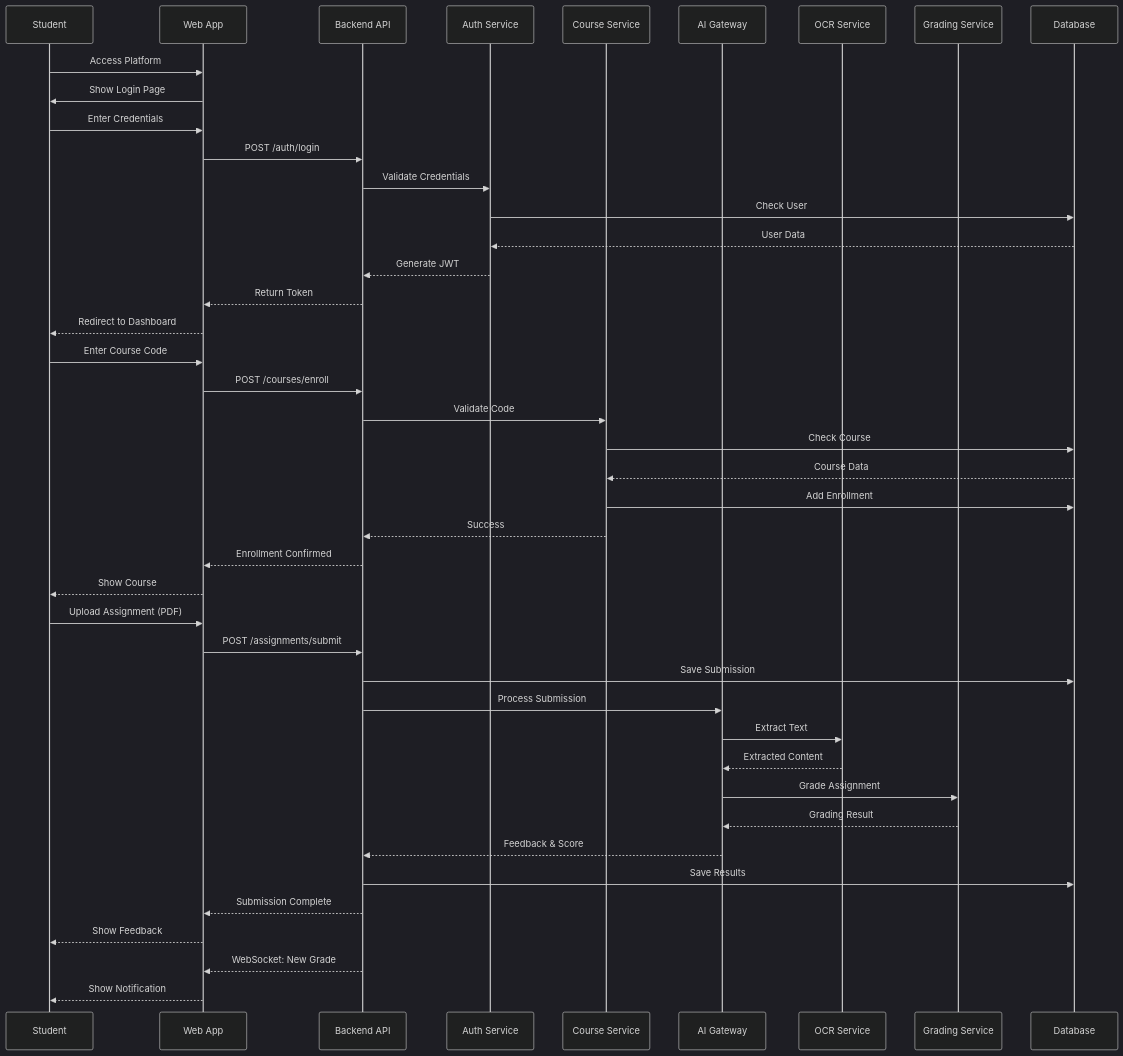
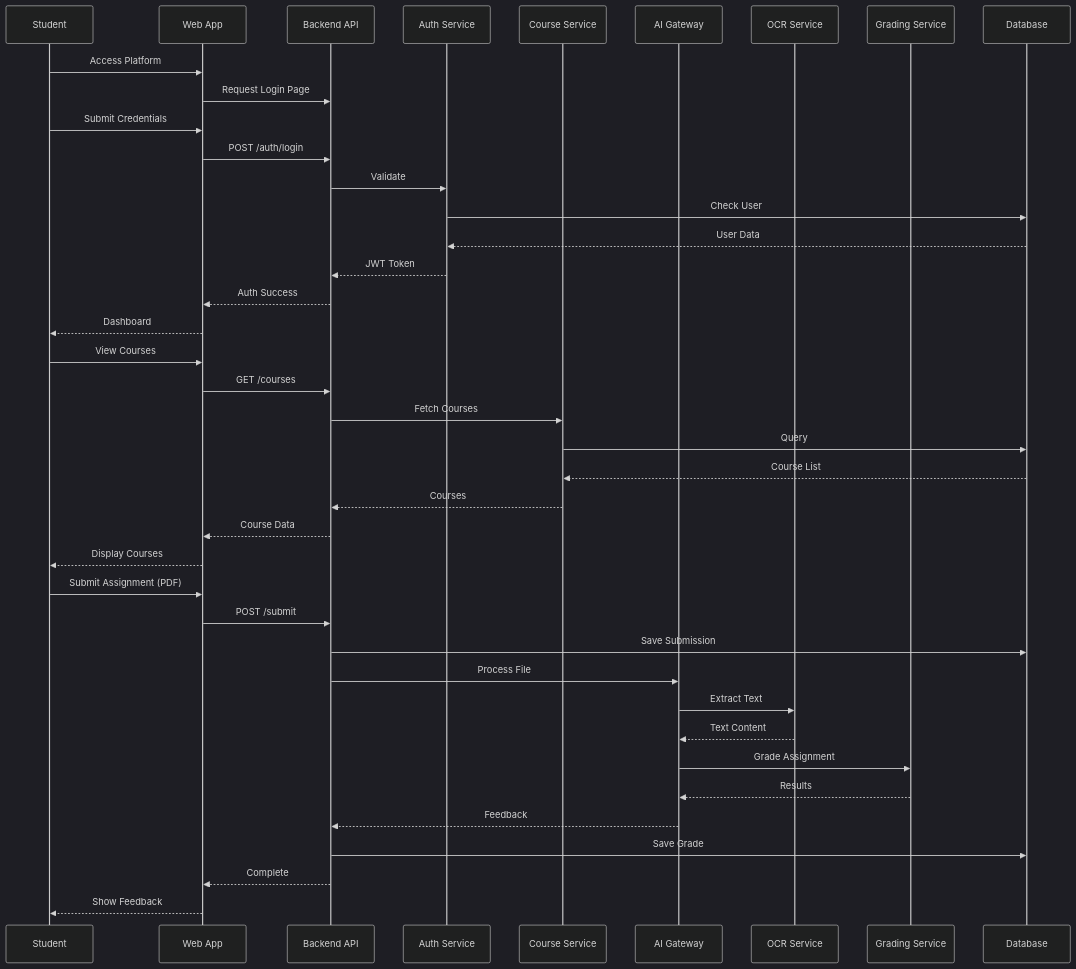
One commit to abdulrahman-riyad/Co-Learn changed the fifth of 12 diagrams in diagrams-and-docs/mvp-documentation.md. Above: the diagram before and after it, drawn with Mermaid (dark theme). The commit also changed other lines of this file and 31 other files, not shown here.

Commit message:
diagrams updated

````diff
--- a/diagrams-and-docs/mvp-documentation.md
+++ b/diagrams-and-docs/mvp-documentation.md
@@ -436,56 +288,45 @@
 ```mermaid
 sequenceDiagram
     participant S as Student
     participant W as Web App
     participant API as Backend API
     participant Auth as Auth Service
     participant Course as Course Service
     participant AI as AI Gateway
     participant OCR as OCR Service
     participant Grade as Grading Service
     participant DB as Database
     
-    %% Authentication Flow
     S->>W: Access Platform
-    W->>S: Show Login Page
-    S->>W: Enter Credentials
+    W->>API: Request Login Page
+    S->>W: Submit Credentials
     W->>API: POST /auth/login
-    API->>Auth: Validate Credentials
+    API->>Auth: Validate
     Auth->>DB: Check User
     DB-->>Auth: User Data
-    Auth-->>API: Generate JWT
-    API-->>W: Return Token
-    W-->>S: Redirect to Dashboard
+    Auth-->>API: JWT Token
+    API-->>W: Auth Success
+    W-->>S: Dashboard
     
-    %% Course Enrollment
-    S->>W: Enter Course Code
-    W->>API: POST /courses/enroll
-    API->>Course: Validate Code
-    Course->>DB: Check Course
-    DB-->>Course: Course Data
-    Course->>DB: Add Enrollment
-    Course-->>API: Success
-    API-->>W: Enrollment Confirmed
-    W-->>S: Show Course
+    S->>W: View Courses
+    W->>API: GET /courses
+    API->>Course: Fetch Courses
+    Course->>DB: Query
+    DB-->>Course: Course List
+    Course-->>API: Courses
+    API-->>W: Course Data
+    W-->>S: Display Courses
     
-    %% Assignment Submission
-    S->>W: Upload Assignment (PDF)
-    W->>API: POST /assignments/submit
+    S->>W: Submit Assignment (PDF)
+    W->>API: POST /submit
     API->>DB: Save Submission
-    API->>AI: Process Submission
-    
-    %% AI Grading Flow
+    API->>AI: Process File
     AI->>OCR: Extract Text
-    OCR-->>AI: Extracted Content
+    OCR-->>AI: Text Content
     AI->>Grade: Grade Assignment
-    Grade-->>AI: Grading Result
-    AI-->>API: Feedback & Score
-    
-    API->>DB: Save Results
-    API-->>W: Submission Complete
+    Grade-->>AI: Results
+    AI-->>API: Feedback
+    API->>DB: Save Grade
+    API-->>W: Complete
     W-->>S: Show Feedback
-    
-    %% Real-time Notification
-    API-->>W: WebSocket: New Grade
-    W-->>S: Show Notification
 ```
````
